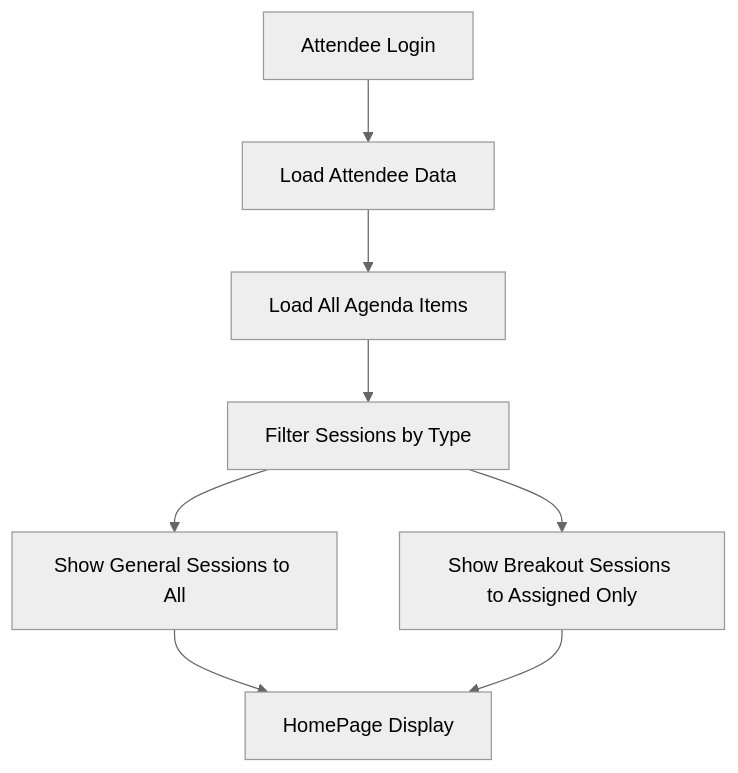
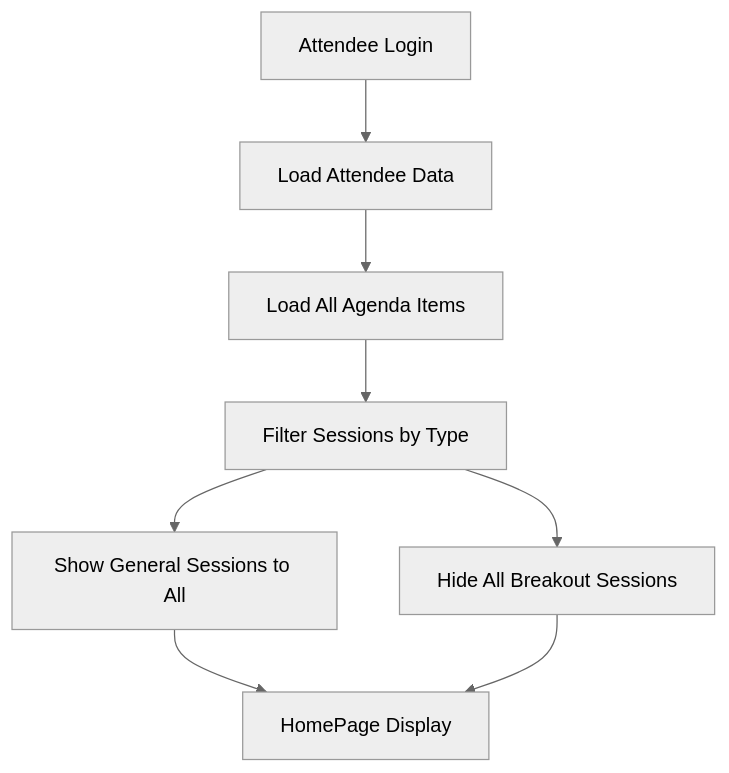
One commit to niozzo/KN-React-App changed the diagram in docs/architecture/session-filtering-architecture.md. Above: the diagram before and after it, drawn with Mermaid (neutral theme). The commit also changed other lines of this file and 2 other files, not shown here.

````diff
--- a/docs/architecture/session-filtering-architecture.md
+++ b/docs/architecture/session-filtering-architecture.md
@@ -72,10 +73,10 @@
 ```mermaid
 graph TD
     A[Attendee Login] --> B[Load Attendee Data]
     B --> C[Load All Agenda Items]
     C --> D[Filter Sessions by Type]
     D --> E[Show General Sessions to All]
-    D --> F[Show Breakout Sessions to Assigned Only]
+    D --> F[Hide All Breakout Sessions]
     E --> G[HomePage Display]
     F --> G
 ```
````
